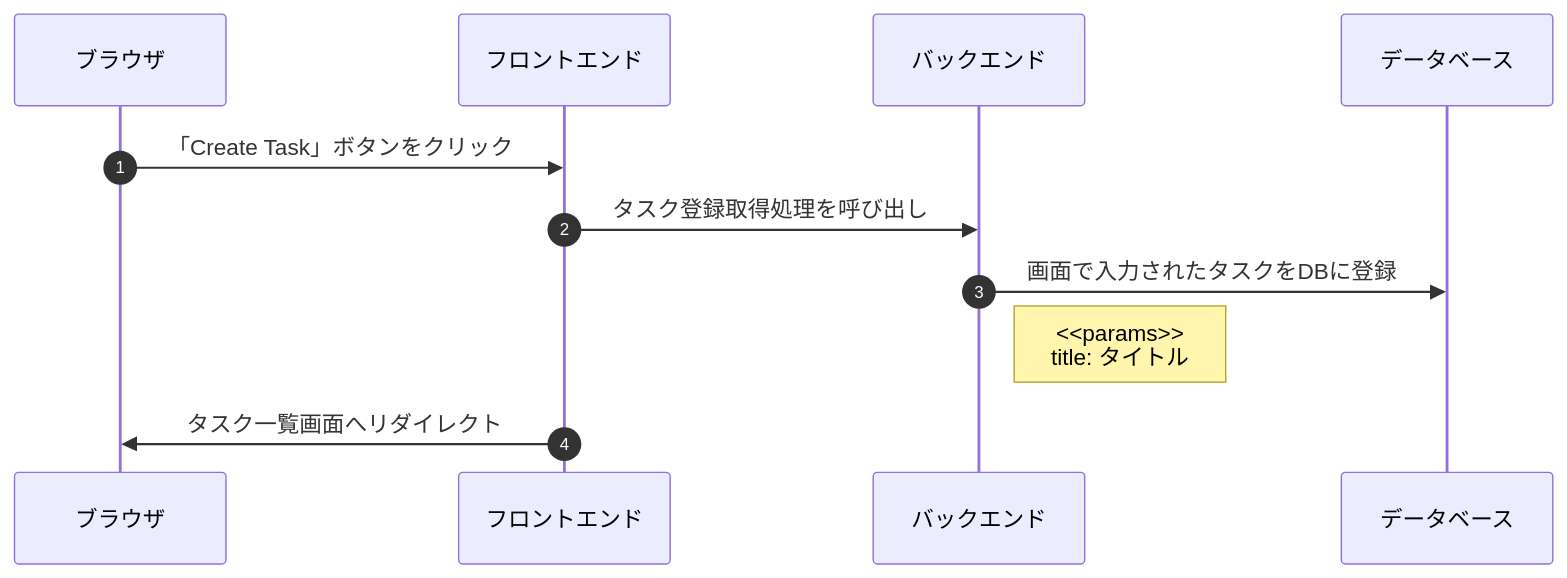
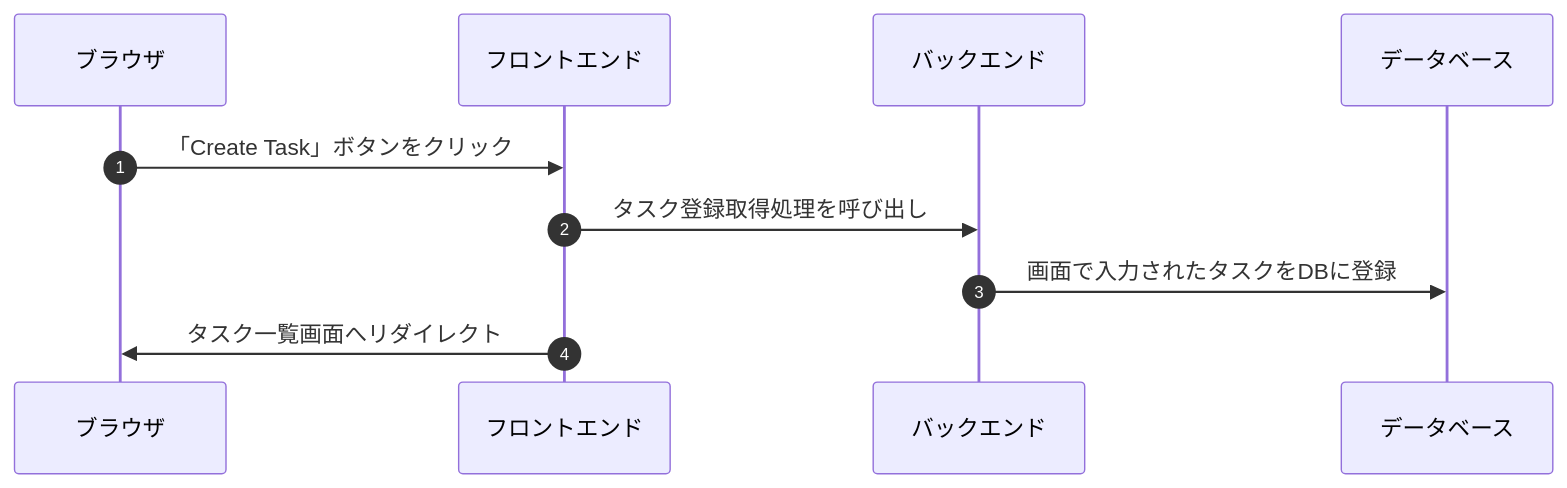
One commit to ayatea/rails-develop-structure changed the fourth of 4 diagrams in docs/詳細設計/詳細設計書.md. Above: the diagram before and after it, drawn with Mermaid. The commit also changed other lines of this file, not shown here.

````diff
--- a/docs/詳細設計/詳細設計書.md
+++ b/docs/詳細設計/詳細設計書.md
@@ -115,14 +120,13 @@
 ```mermaid
 sequenceDiagram
   autonumber
     participant browser as ブラウザ
     participant front as フロントエンド
     participant back as バックエンド
     participant db as データベース
 
     browser->>front: 「Create Task」ボタンをクリック
     front->>back: タスク登録取得処理を呼び出し
     back->>db: 画面で入力されたタスクをDBに登録
-    Note right of back: <<params>><br>title: タイトル
     front->>browser: タスク一覧画面へリダイレクト
 ```
````
